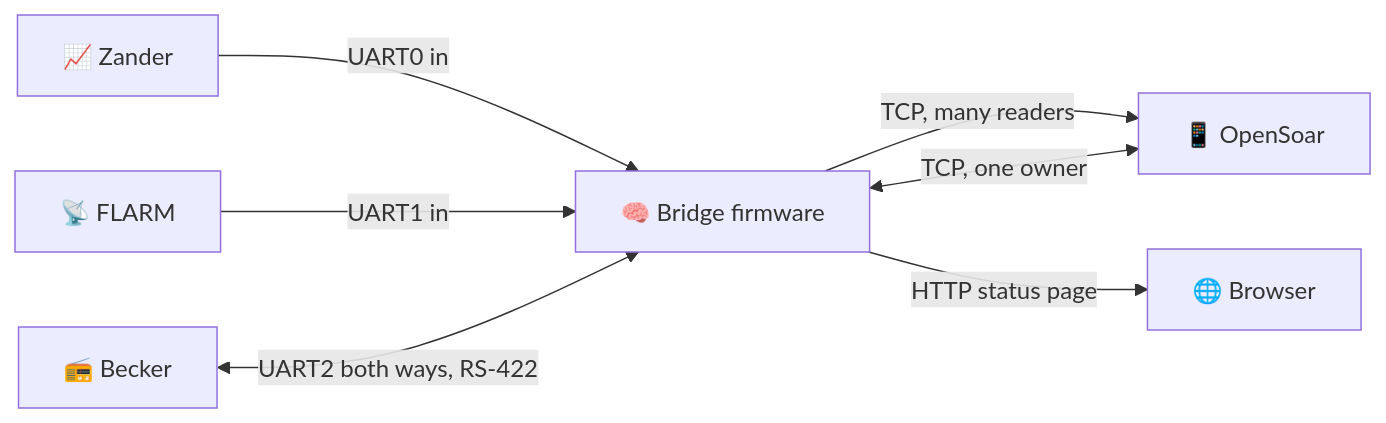
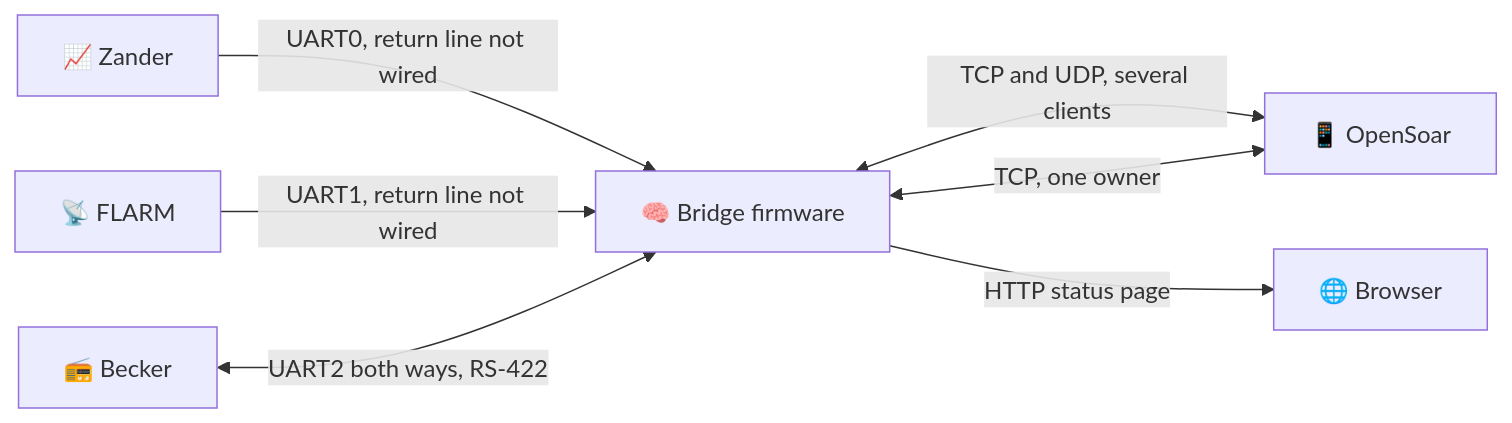
The second of 2 diagrams in docs/project/roadmap.md (MomoRC-tech/Becker-AR6201-to-OpenSoar), drawn with Mermaid before and after one commit. The commit also changed other lines of this file and 2 other files, not shown here.

First line of the commit message:
Keep all upstream features in the bridge firmware plan

````diff
--- a/docs/project/roadmap.md
+++ b/docs/project/roadmap.md
@@ -67,9 +67,9 @@
 ```mermaid
 flowchart LR
-    Z[📈 Zander] -->|UART0 in| B
-    F[📡 FLARM] -->|UART1 in| B
+    Z[📈 Zander] -->|UART0, return line not wired| B
+    F[📡 FLARM] -->|UART1, return line not wired| B
     R[📻 Becker] <-->|UART2 both ways, RS-422| B
-    B[🧠 Bridge firmware] -->|TCP, many readers| O[📱 OpenSoar]
+    B[🧠 Bridge firmware] <-->|TCP and UDP, several clients| O[📱 OpenSoar]
     B <-->|TCP, one owner| O
     B -->|HTTP status page| W[🌐 Browser]
 ```
````
